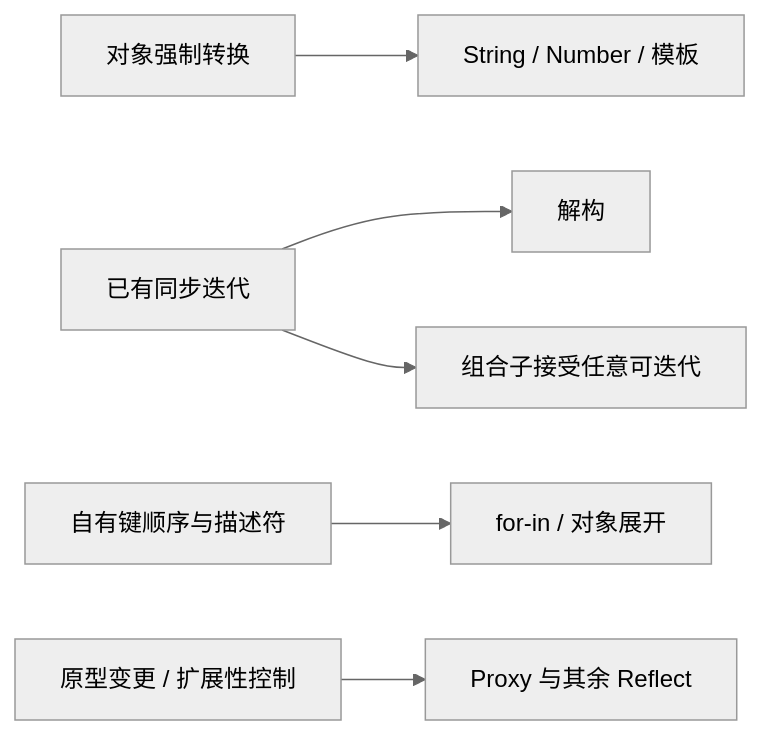
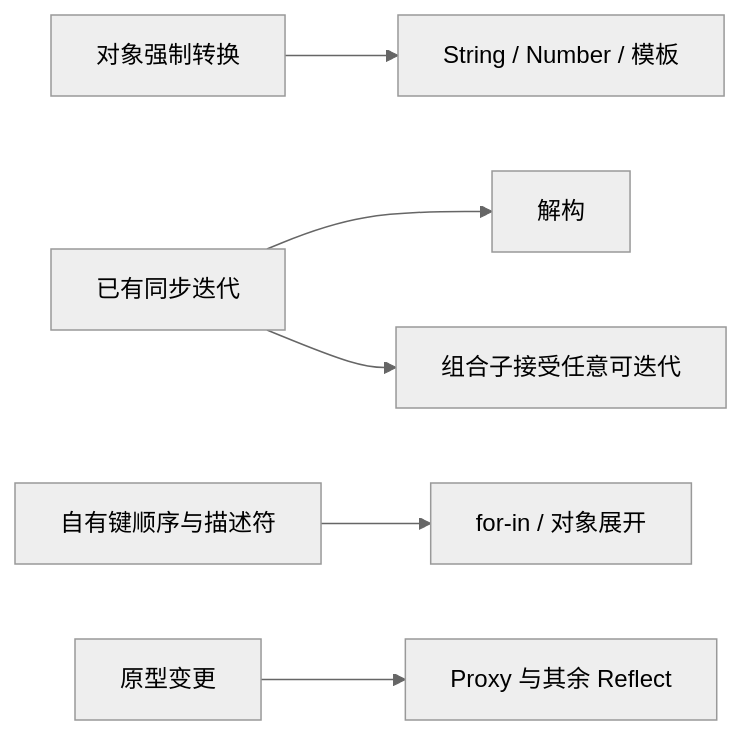
The diagram in docs/gaps.md (codehz/yield-js), drawn with Mermaid (neutral theme) before and after one commit. The commit also changed other lines of this file and 6 other files, not shown here.

````diff
--- a/docs/gaps.md
+++ b/docs/gaps.md
@@ -94,8 +94,8 @@
 ```mermaid
 flowchart LR
   C[对象强制转换] --> S[String / Number / 模板]
   I[已有同步迭代] --> D[解构]
   I --> P[组合子接受任意可迭代]
   E[自有键顺序与描述符] --> N[for-in / 对象展开]
-  K[原型变更 / 扩展性控制] --> R[Proxy 与其余 Reflect]
+  K[原型变更] --> R[Proxy 与其余 Reflect]
 ```
````
